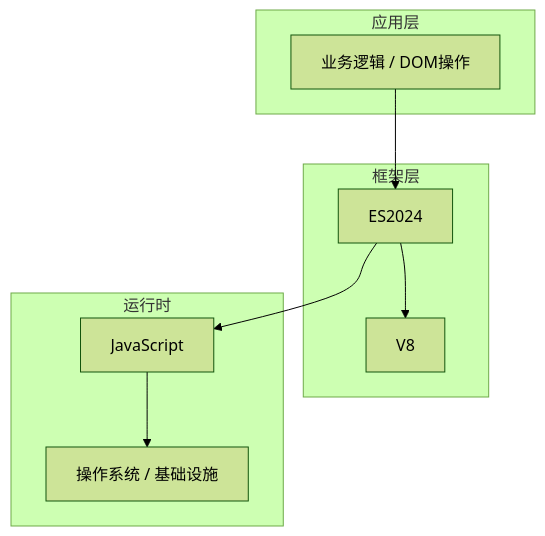
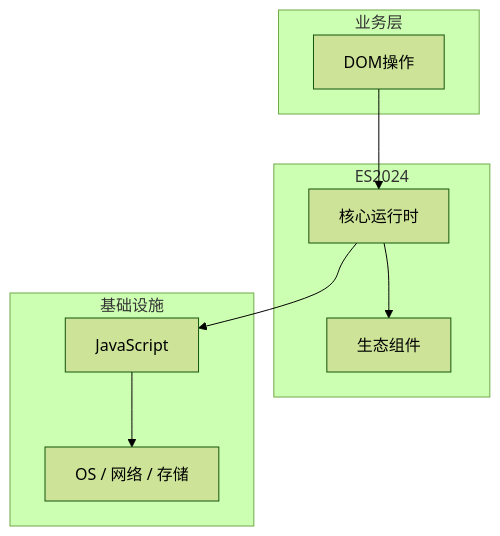
One commit to yanggan2015/knowledge-json-v2 changed the diagram in articles/JavaScript核心/chapters/157-DOM操作核心概念与原理.md. Above: the diagram before and after it, drawn with Mermaid (forest theme). The commit also changed other lines of this file and 10127 other files, not shown here.

````diff
--- a/articles/JavaScript核心/chapters/157-DOM操作核心概念与原理.md
+++ b/articles/JavaScript核心/chapters/157-DOM操作核心概念与原理.md
@@ -45,18 +34,18 @@
 ```mermaid
 graph TB
-    subgraph 应用层
-        A[业务逻辑 / DOM操作]
+    subgraph 业务层
+        A[DOM操作]
     end
-    subgraph 框架层
-        B[ES2024]
-        C[V8]
+    subgraph ES2024
+        B[核心运行时]
+        C[生态组件]
     end
-    subgraph 运行时
+    subgraph 基础设施
         D[JavaScript]
-        E[操作系统 / 基础设施]
+        E[OS / 网络 / 存储]
     end
     A --> B
     B --> C
     B --> D
     D --> E
 ```
````
